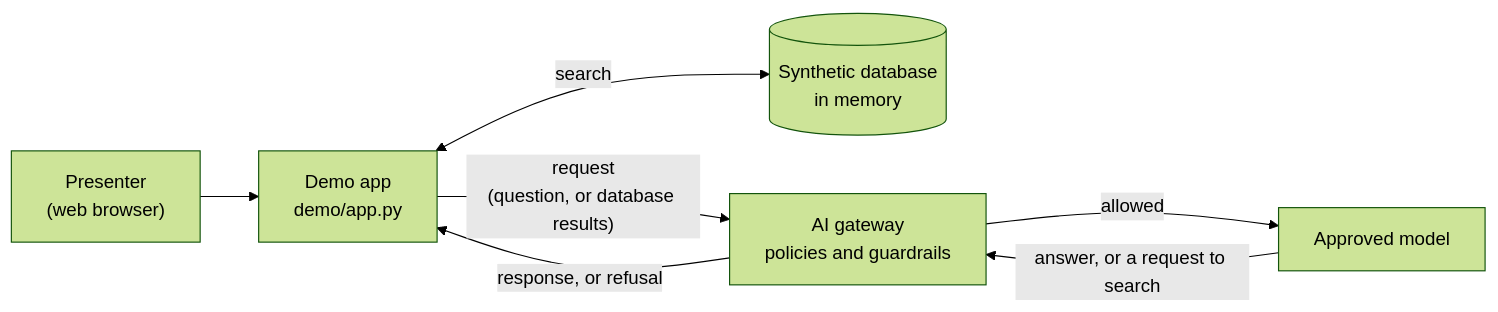
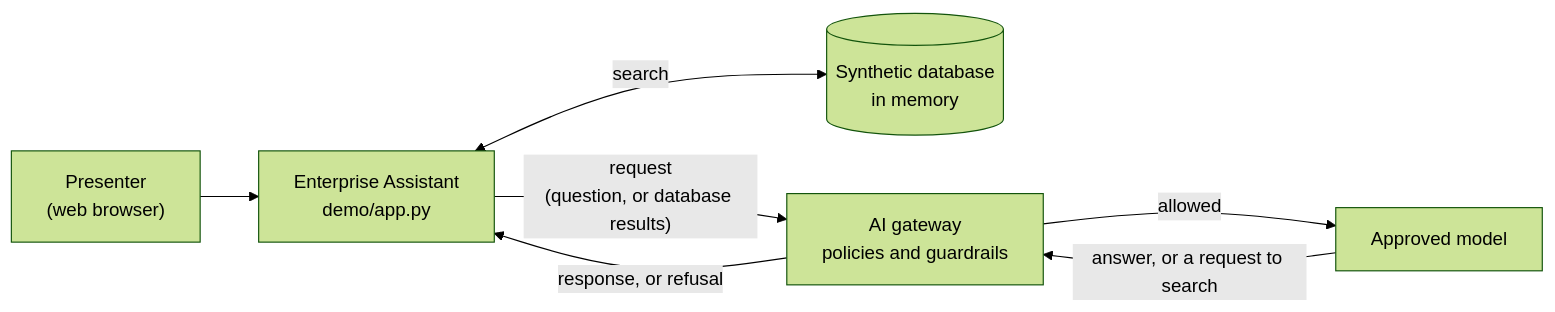
The diagram in architecture/README.md (cruzbuilds/basic-chat-demo), drawn with Mermaid (forest theme) before and after one commit. The commit also changed other lines of this file and 4 other files, not shown here.

````diff
--- a/architecture/README.md
+++ b/architecture/README.md
@@ -5,9 +5,9 @@
 ```mermaid
 flowchart LR
-    U["Presenter<br/>(web browser)"] --> A["Demo app<br/>demo/app.py"]
+    U["Presenter<br/>(web browser)"] --> A["Enterprise Assistant<br/>demo/app.py"]
     A <-- "search" --> D[("Synthetic database<br/>in memory")]
     A -- "request<br/>(question, or database results)" --> G["AI gateway<br/>policies and guardrails"]
     G -- "allowed" --> M["Approved model"]
     M -- "answer, or a request to search" --> G
     G -- "response, or refusal" --> A
 ```
````
